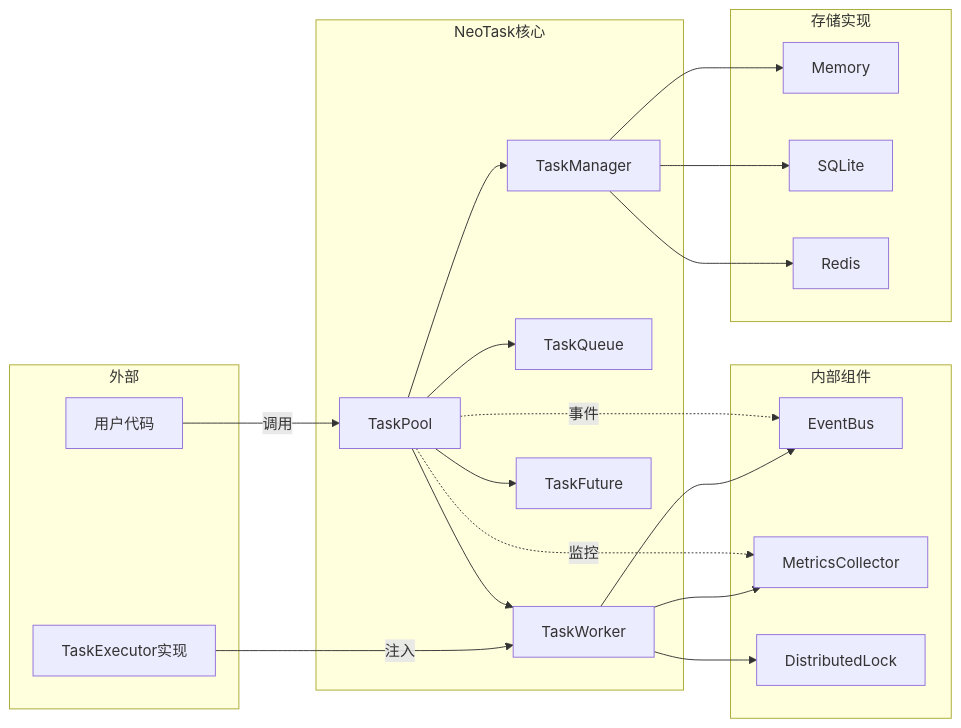
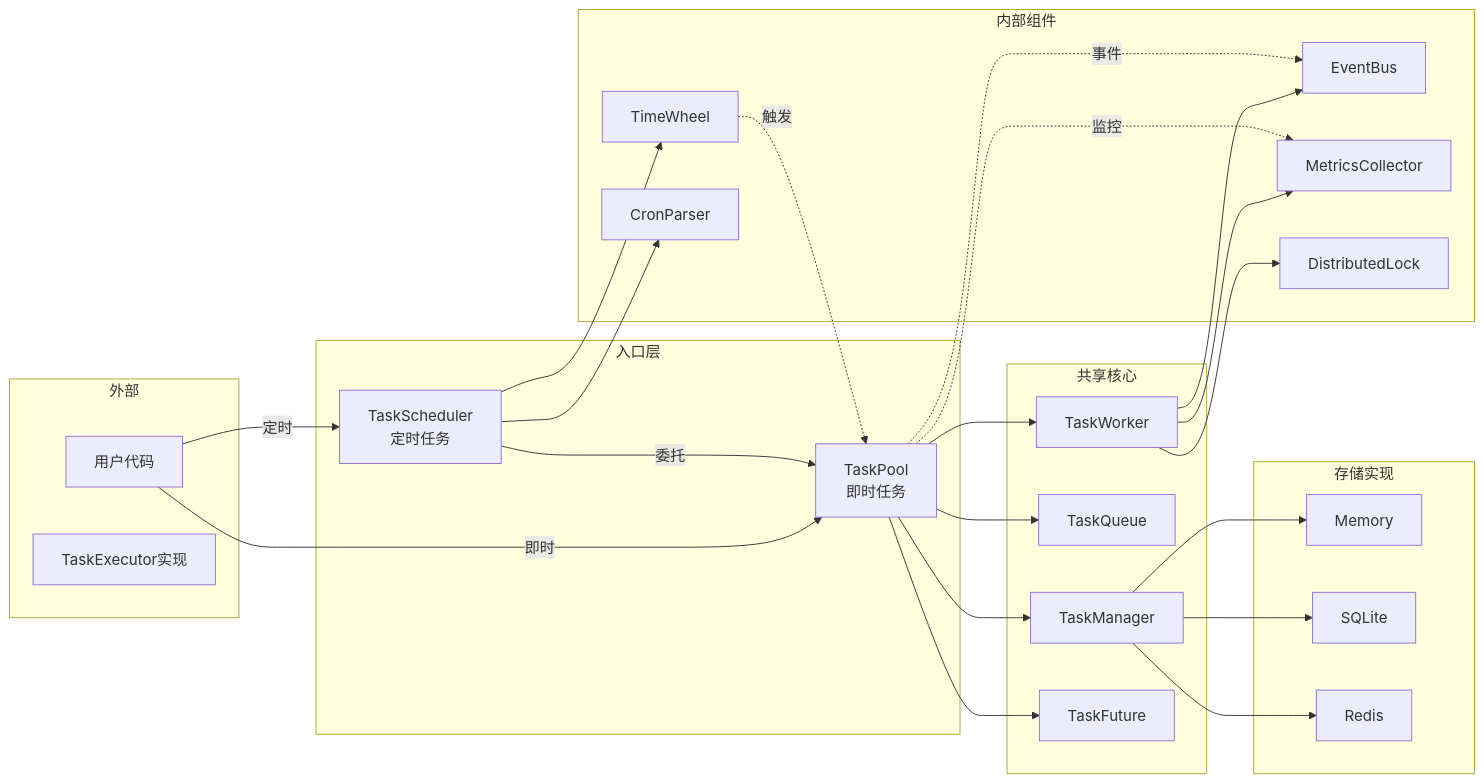
One commit to neopen/neotask changed the fourth of 5 diagrams in README.md. Above: the diagram before and after it, drawn with Mermaid. The commit also changed other lines of this file and 16 other files, not shown here.

````diff
--- a/README.md
+++ b/README.md
@@ -115,46 +160,56 @@
 ```mermaid
 graph LR
     subgraph External["外部"]
         USER[用户代码]
         EXEC[TaskExecutor实现]
     end
     
-    subgraph Core["NeoTask核心"]
-        POOL[TaskPool]
+    subgraph Entry["入口层"]
+        POOL[TaskPool<br/>即时任务]
+        SCHED[TaskScheduler<br/>定时任务]
+    end
+    
+    subgraph Core["共享核心"]
         MGR[TaskManager]
         QUE[TaskQueue]
         WRK[TaskWorker]
         FTR[TaskFuture]
     end
     
     subgraph Internal["内部组件"]
         EVT[EventBus]
         MET[MetricsCollector]
         LOCK[DistributedLock]
+        TW[TimeWheel]
+        CRON[CronParser]
     end
     
     subgraph StorageImpl["存储实现"]
         MEM[Memory]
         SQL[SQLite]
         RDS[Redis]
     end
     
-    USER -->|调用| POOL
-    EXEC -->|注入| WRK
+    USER -->|即时| POOL
+    USER -->|定时| SCHED
+    SCHED -->|委托| POOL
+    SCHED --> TW
+    SCHED --> CRON
     
     POOL --> MGR
     POOL --> QUE
     POOL --> WRK
     POOL --> FTR
     
     MGR --> MEM
     MGR --> SQL
     MGR --> RDS
     
     WRK --> EVT
     WRK --> MET
     WRK --> LOCK
     
     POOL -.->|监控| MET
     POOL -.->|事件| EVT
+    TW -.->|触发| POOL
 ```
````
